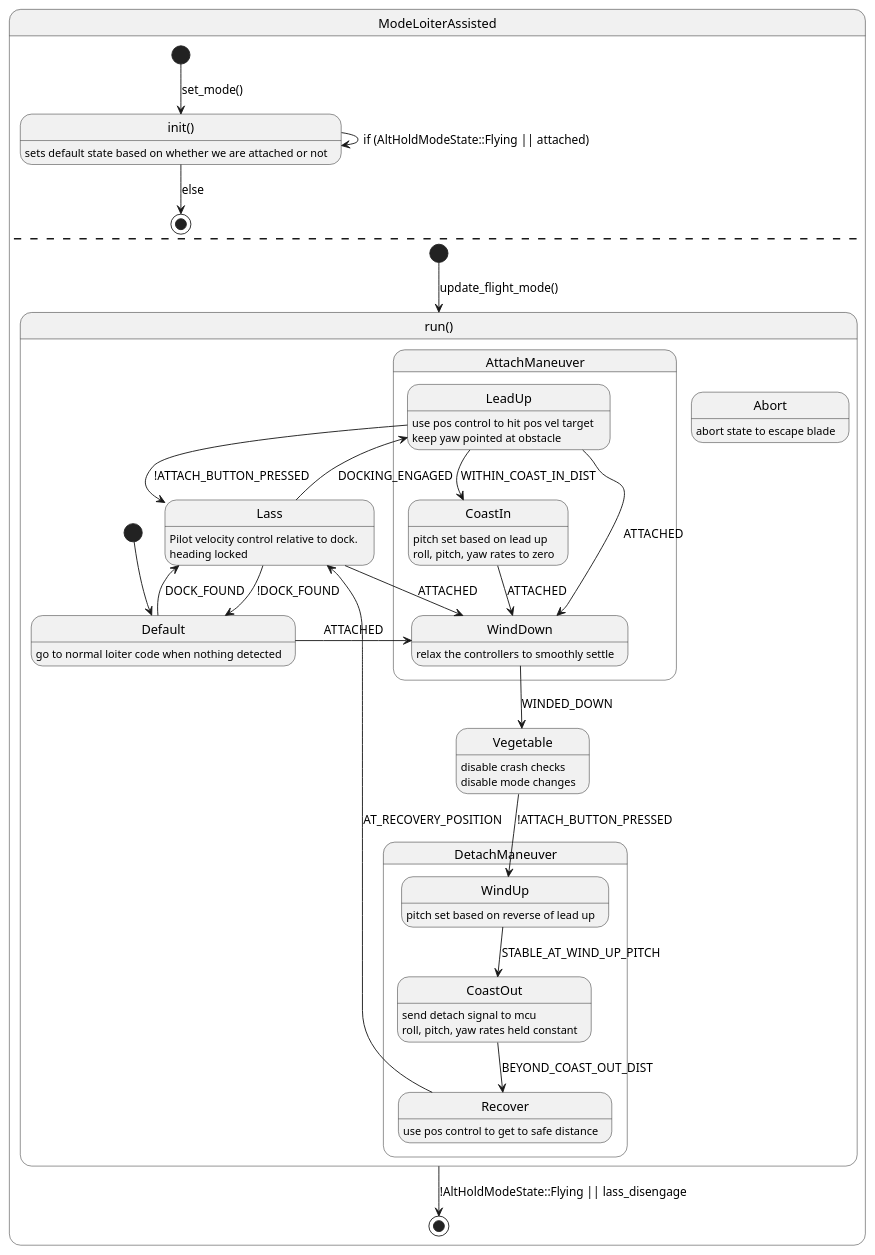
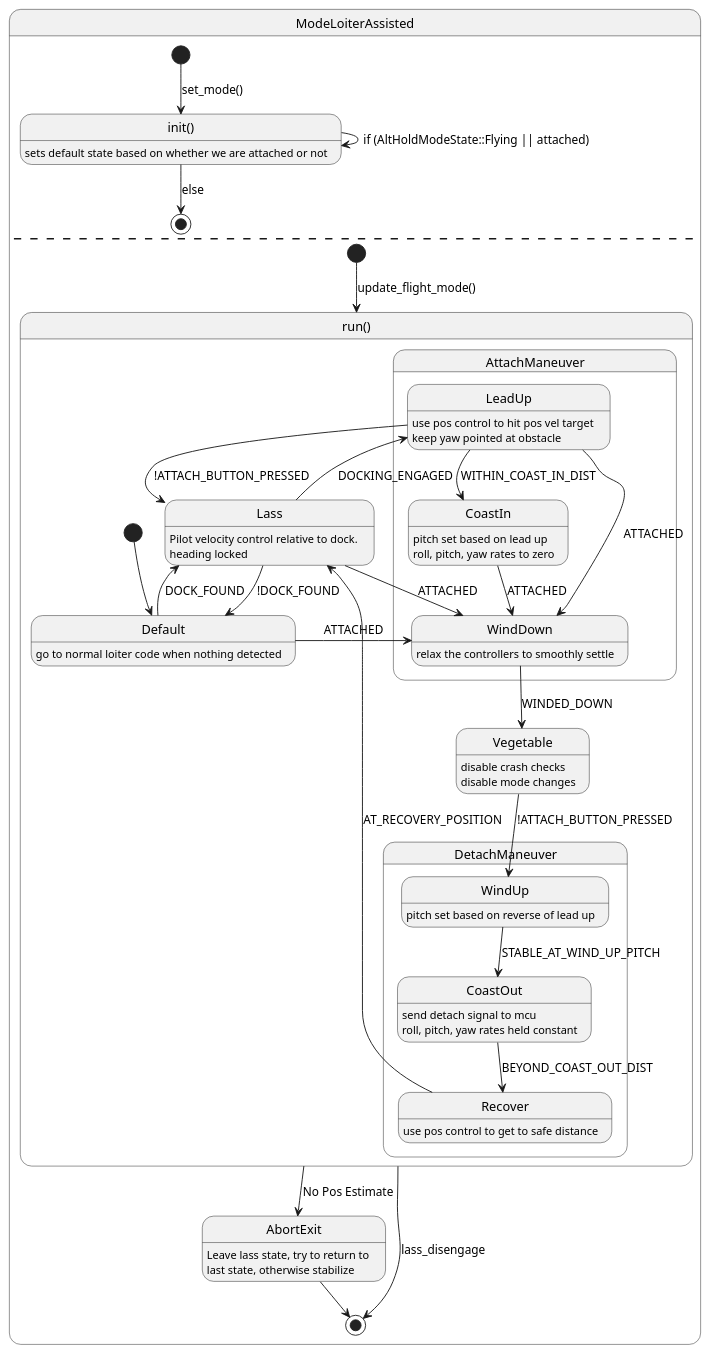
One commit to Persimia/ardupilot changed the diagram in notes/lass-state-machine.wsd. Above: the diagram before and after it, drawn with PlantUML. The commit also changed 3 other files, not shown here.

```diff
--- a/notes/lass-state-machine.wsd
+++ b/notes/lass-state-machine.wsd
@@ -1,88 +1,94 @@
 @startuml Lass State Machine
 
 
 state ModeLoiterAssisted {
 
 ' States
 state "init()" as init: \
 sets default state based on whether we are attached or not
 
 ' Transitions
 [*] --> init : set_mode()
 init --> [*] : else
 init --> init : if (AltHoldModeState::Flying || attached)
 
 ' ==========================
 --
 
 state "run()" as run{
 
 ' States
 state Lass: \
 Pilot velocity control relative to dock. \n\
 heading locked
 
 State AttachManeuver {
 State LeadUp: \
 use pos control to hit pos vel target \n\
 keep yaw pointed at obstacle
 
 State CoastIn: \
 pitch set based on lead up \n\
 roll, pitch, yaw rates to zero
 
 State WindDown: \
 relax the controllers to smoothly settle
 }
 
 
 state Vegetable: \
 disable crash checks \n\
 disable mode changes 
 
 State DetachManeuver {
 State WindUp: \
 pitch set based on reverse of lead up
 
 State CoastOut: \
 send detach signal to mcu \n\
 roll, pitch, yaw rates held constant
 
 State Recover: \
 use pos control to get to safe distance
 }
 
 State Default: \
 go to normal loiter code when nothing detected
 
-State Abort: \
-abort state to escape blade
+' State Abort: \
+' abort state to escape blade
 
 
 ' Transitions
 [*] --> Default
 Default --> Lass : DOCK_FOUND
 Default --> WindDown : ATTACHED
 Lass --> Default : !DOCK_FOUND
 Lass --> LeadUp : DOCKING_ENGAGED
 Lass --> WindDown : ATTACHED
 LeadUp --> CoastIn : WITHIN_COAST_IN_DIST
 LeadUp --> WindDown : ATTACHED
 LeadUp --> Lass : !ATTACH_BUTTON_PRESSED
 CoastIn --> WindDown : ATTACHED
 ' CoastIn --> Abort : FALLING
 WindDown --> Vegetable : WINDED_DOWN
 ' WindDown --> Abort : FALLING
 Vegetable --> WindUp : !ATTACH_BUTTON_PRESSED
 WindUp --> CoastOut : STABLE_AT_WIND_UP_PITCH
 CoastOut --> Recover : BEYOND_COAST_OUT_DIST
 Recover --> Lass : AT_RECOVERY_POSITION
 }
 
+State AbortExit: \
+Leave lass state, try to return to \n\
+last state, otherwise stabilize
+ 
 [*] --> run : update_flight_mode()
-run --> [*] : !AltHoldModeState::Flying || lass_disengage
+run --> [*] : lass_disengage
+run --> AbortExit : No Pos Estimate
+AbortExit --> [*]
 }
 
 
 
 @enduml
```
